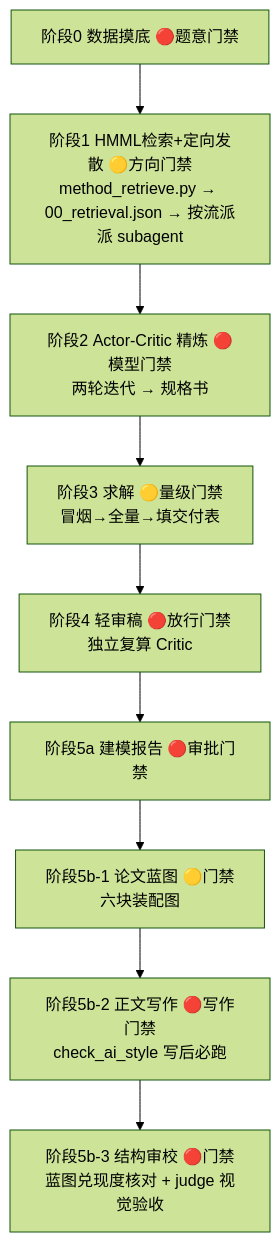
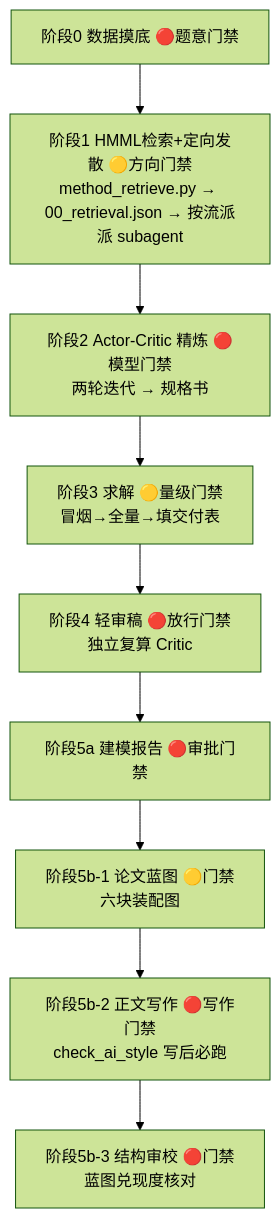
Before and after one commit to xbjh123/math-modeling-agent: the diagram in README.md, drawn with Mermaid (forest theme). The commit also changed other lines of this file and 11 other files, not shown here.

````diff
--- a/README.md
+++ b/README.md
@@ -28,11 +16,11 @@
 ```mermaid
 flowchart TD
     S0[阶段0 数据摸底 🔴题意门禁] --> S1[阶段1 HMML检索+定向发散 🟡方向门禁<br/>method_retrieve.py → 00_retrieval.json → 按流派派 subagent]
     S1 --> S2[阶段2 Actor-Critic 精炼 🔴模型门禁<br/>两轮迭代 → 规格书]
     S2 --> S3[阶段3 求解 🟡量级门禁<br/>冒烟→全量→填交付表]
     S3 --> S4[阶段4 轻审稿 🔴放行门禁<br/>独立复算 Critic]
     S4 --> S5a[阶段5a 建模报告 🔴审批门禁]
     S5a --> S5b1[阶段5b-1 论文蓝图 🟡门禁<br/>六块装配图]
     S5b1 --> S5b2[阶段5b-2 正文写作 🔴写作门禁<br/>check_ai_style 写后必跑]
-    S5b2 --> S5b3[阶段5b-3 结构审校 🔴门禁<br/>蓝图兑现度核对 + judge 视觉验收]
+    S5b2 --> S5b3[阶段5b-3 结构审校 🔴门禁<br/>蓝图兑现度核对]
 ```
````
